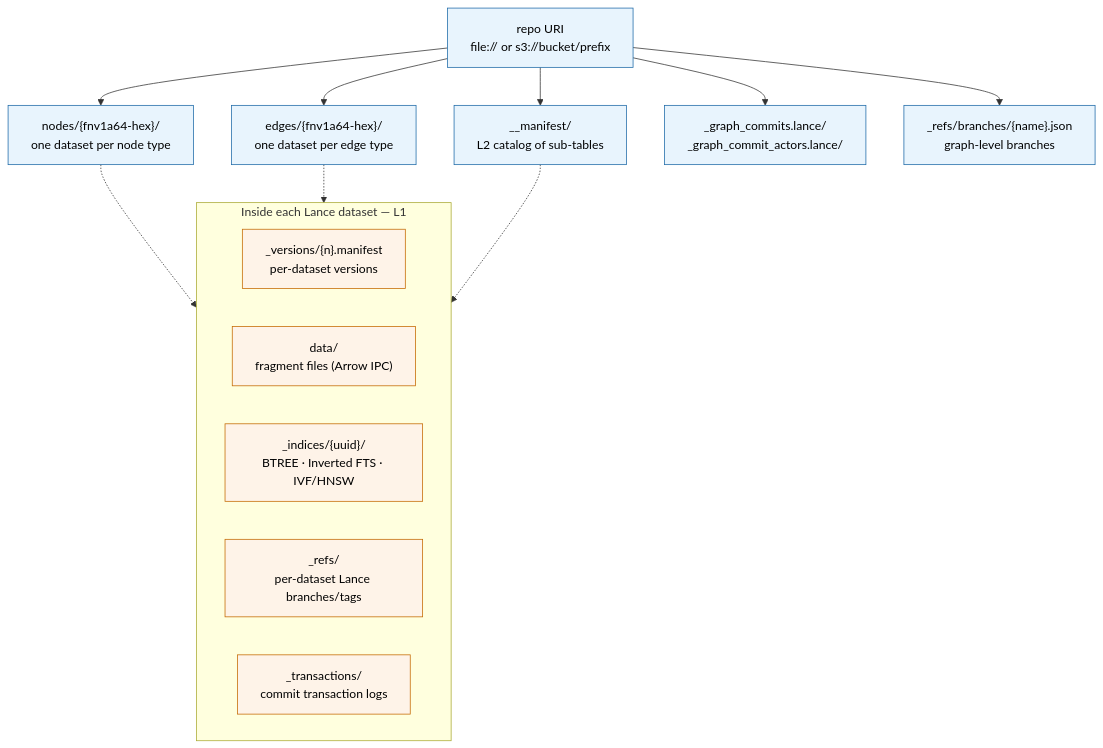
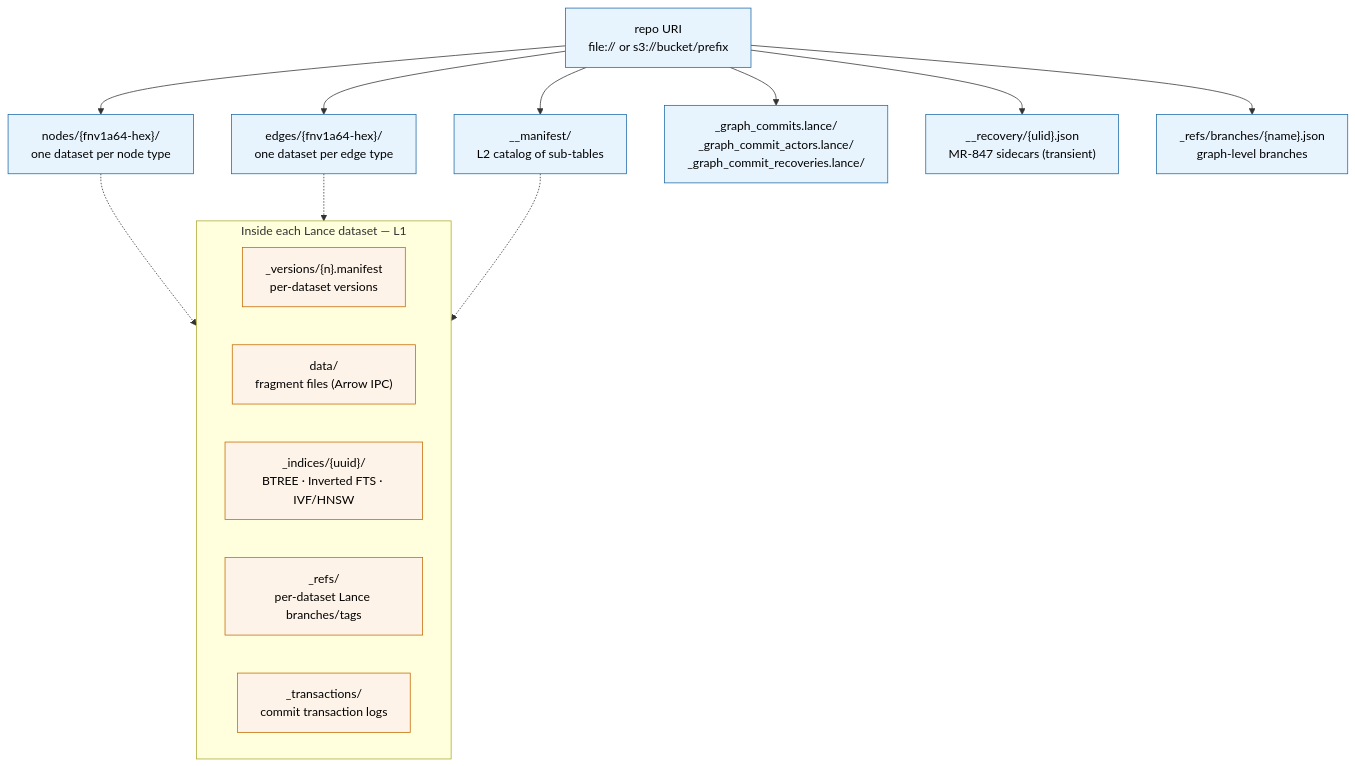
One commit to ModernRelay/omnigraph changed the diagram in docs/storage.md. Above: the diagram before and after it, drawn with Mermaid. The commit also changed other lines of this file and 6 other files, not shown here.

````diff
--- a/docs/storage.md
+++ b/docs/storage.md
@@ -55,31 +55,33 @@
 ```mermaid
 flowchart TB
     classDef l1 fill:#fef3e8,stroke:#c46900,color:#000
     classDef l2 fill:#e8f4fd,stroke:#1e6aa8,color:#000
 
     repo["repo URI<br/>file:// or s3://bucket/prefix"]:::l2
 
     manifest["__manifest/<br/>L2 catalog of sub-tables"]:::l2
     nodes["nodes/{fnv1a64-hex}/<br/>one dataset per node type"]:::l2
     edges["edges/{fnv1a64-hex}/<br/>one dataset per edge type"]:::l2
-    cgraph["_graph_commits.lance/<br/>_graph_commit_actors.lance/"]:::l2
+    cgraph["_graph_commits.lance/<br/>_graph_commit_actors.lance/<br/>_graph_commit_recoveries.lance/"]:::l2
+    recovery["__recovery/{ulid}.json<br/>MR-847 sidecars (transient)"]:::l2
     refs["_refs/branches/{name}.json<br/>graph-level branches"]:::l2
 
     repo --> manifest
     repo --> nodes
     repo --> edges
     repo --> cgraph
+    repo --> recovery
     repo --> refs
 
     subgraph dataset[Inside each Lance dataset — L1]
         ds_v["_versions/{n}.manifest<br/>per-dataset versions"]:::l1
         ds_data["data/<br/>fragment files (Arrow IPC)"]:::l1
         ds_idx["_indices/{uuid}/<br/>BTREE · Inverted FTS · IVF/HNSW"]:::l1
         ds_refs["_refs/<br/>per-dataset Lance branches/tags"]:::l1
         ds_tx["_transactions/<br/>commit transaction logs"]:::l1
     end
 
     nodes -.-> dataset
     edges -.-> dataset
     manifest -.-> dataset
 ```
````
